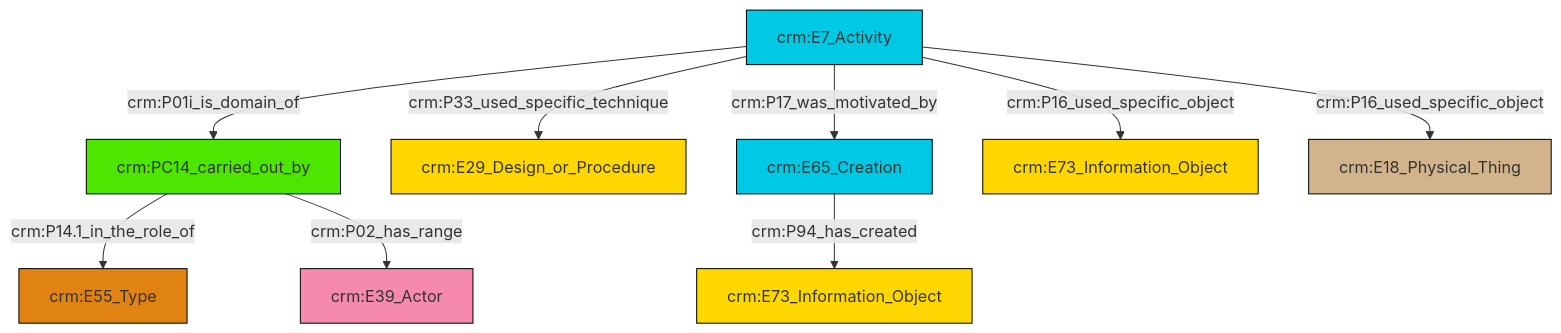
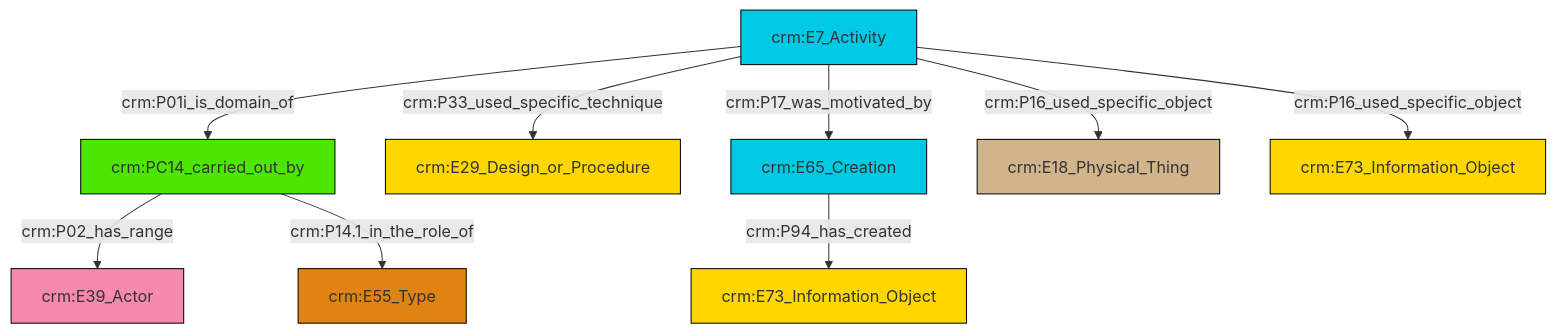
The diagram in et/eventCSV/ttl/mmd/event_participation.ttl.mmd (swiss-art-research-net/reference-data-models), drawn with Mermaid before and after one commit. The commit also changed 129 other files, not shown here.

```diff
--- a/et/eventCSV/ttl/mmd/event_participation.ttl.mmd
+++ b/et/eventCSV/ttl/mmd/event_participation.ttl.mmd
@@ -1,23 +1,23 @@
 graph TD
 classDef Literal fill:#f2f2f2,stroke:#000000;
 classDef CRM_Entity fill:#FFFFFF,stroke:#000000;
 classDef Temporal_Entity fill:#00C9E6, stroke:#000000;
 classDef Type fill:#E18312, stroke:#000000;
 classDef Time-Span fill:#2C9C91, stroke:#000000;
 classDef Appellation fill:#FFEB7F, stroke:#000000;
 classDef Place fill:#008836, stroke:#000000;
 classDef Persistent_Item fill:#B266B2, stroke:#000000;
 classDef Conceptual_Object fill:#FFD700, stroke:#000000;
 classDef Physical_Thing fill:#D2B48C, stroke:#000000;
 classDef Actor fill:#f58aad, stroke:#000000;
 classDef PC_Classes fill:#4ce600, stroke:#000000;
 classDef Multi fill:#cccccc,stroke:#000000;
 
-0["crm:PC14_carried_out_by"]:::PC_Classes -->|crm:P14.1_in_the_role_of| 1["crm:E55_Type"]:::Type
-9["crm:E7_Activity"]:::Temporal_Entity -->|crm:P16_used_specific_object| 10["crm:E73_Information_Object"]:::Conceptual_Object
-9["crm:E7_Activity"]:::Temporal_Entity -->|crm:P01i_is_domain_of| 0["crm:PC14_carried_out_by"]:::PC_Classes
-9["crm:E7_Activity"]:::Temporal_Entity -->|crm:P33_used_specific_technique| 2["crm:E29_Design_or_Procedure"]:::Conceptual_Object
-9["crm:E7_Activity"]:::Temporal_Entity -->|crm:P16_used_specific_object| 15["crm:E18_Physical_Thing"]:::Physical_Thing
-9["crm:E7_Activity"]:::Temporal_Entity -->|crm:P17_was_motivated_by| 4["crm:E65_Creation"]:::Temporal_Entity
-0["crm:PC14_carried_out_by"]:::PC_Classes -->|crm:P02_has_range| 11["crm:E39_Actor"]:::Actor
-4["crm:E65_Creation"]:::Temporal_Entity -->|crm:P94_has_created| 7["crm:E73_Information_Object"]:::Conceptual_Object
+2["crm:PC14_carried_out_by"]:::PC_Classes -->|crm:P02_has_range| 3["crm:E39_Actor"]:::Actor
+0["crm:E7_Activity"]:::Temporal_Entity -->|crm:P33_used_specific_technique| 4["crm:E29_Design_or_Procedure"]:::Conceptual_Object
+5["crm:E65_Creation"]:::Temporal_Entity -->|crm:P94_has_created| 6["crm:E73_Information_Object"]:::Conceptual_Object
+0["crm:E7_Activity"]:::Temporal_Entity -->|crm:P16_used_specific_object| 7["crm:E18_Physical_Thing"]:::Physical_Thing
+2["crm:PC14_carried_out_by"]:::PC_Classes -->|crm:P14.1_in_the_role_of| 8["crm:E55_Type"]:::Type
+0["crm:E7_Activity"]:::Temporal_Entity -->|crm:P01i_is_domain_of| 2["crm:PC14_carried_out_by"]:::PC_Classes
+0["crm:E7_Activity"]:::Temporal_Entity -->|crm:P17_was_motivated_by| 5["crm:E65_Creation"]:::Temporal_Entity
+0["crm:E7_Activity"]:::Temporal_Entity -->|crm:P16_used_specific_object| 9["crm:E73_Information_Object"]:::Conceptual_Object
```
